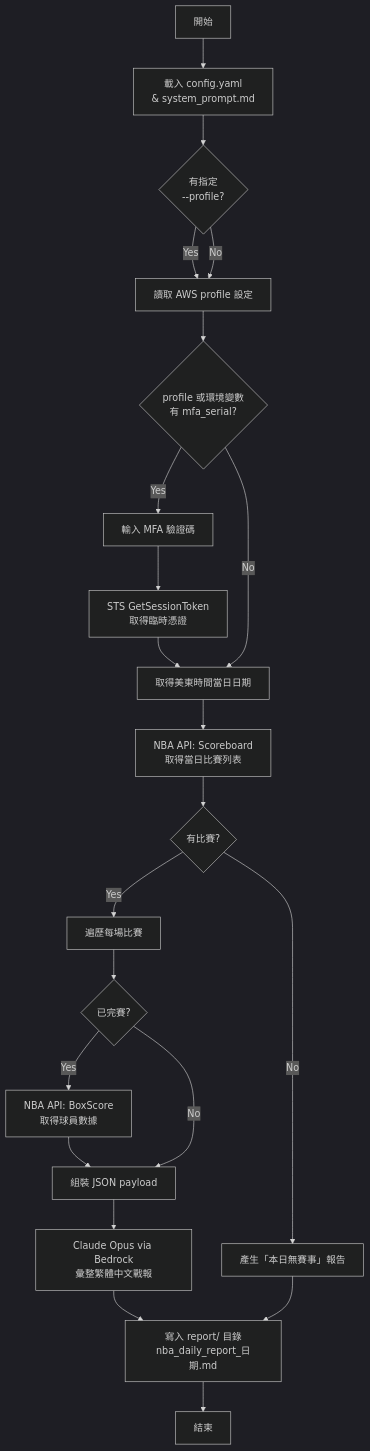
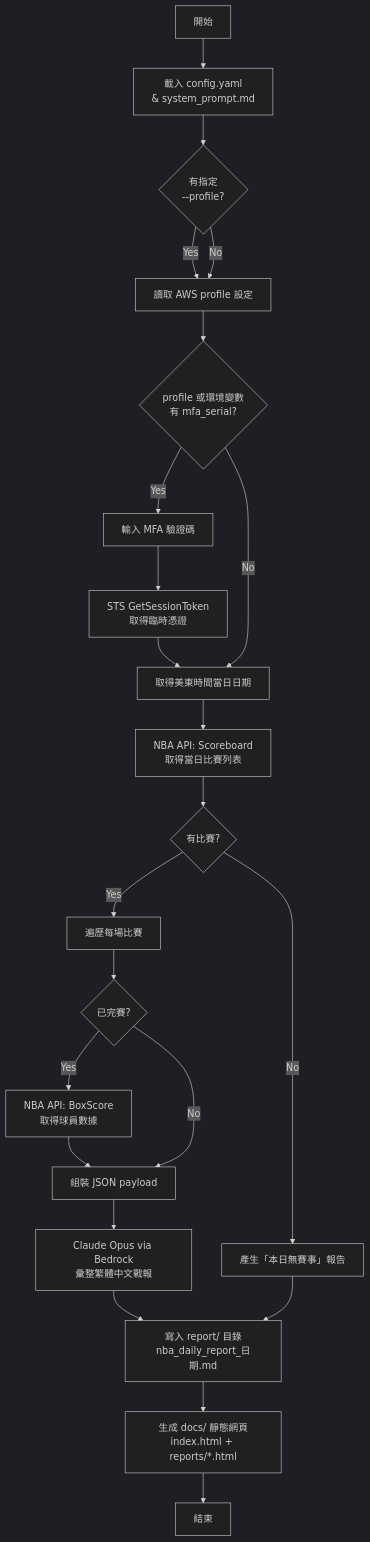
One commit to r07228019/my_ai changed the diagram in test/nba_daily_report/README.md. Above: the diagram before and after it, drawn with Mermaid (dark theme). The commit also changed other lines of this file and 1 other file, not shown here.

````diff
--- a/test/nba_daily_report/README.md
+++ b/test/nba_daily_report/README.md
@@ -23,24 +24,25 @@
 ```mermaid
 flowchart TD
     A[開始] --> B[載入 config.yaml<br>& system_prompt.md]
     B --> C{有指定<br>--profile?}
     C -->|Yes| D[讀取 AWS profile 設定]
     C -->|No| D
     D --> E{profile 或環境變數<br>有 mfa_serial?}
     E -->|Yes| F[輸入 MFA 驗證碼]
     F --> G[STS GetSessionToken<br>取得臨時憑證]
     G --> H
     E -->|No| H[取得美東時間當日日期]
     H --> I[NBA API: Scoreboard<br>取得當日比賽列表]
     I --> J{有比賽?}
     J -->|No| K[產生「本日無賽事」報告]
     J -->|Yes| L[遍歷每場比賽]
     L --> M{已完賽?}
     M -->|Yes| N[NBA API: BoxScore<br>取得球員數據]
     N --> O[組裝 JSON payload]
     M -->|No| O
     O --> P[Claude Opus via Bedrock<br>彙整繁體中文戰報]
     P --> Q[寫入 report/ 目錄<br>nba_daily_report_日期.md]
     K --> Q
-    Q --> R[結束]
+    Q --> R[生成 docs/ 靜態網頁<br>index.html + reports/*.html]
+    R --> S[結束]
 ```
````
